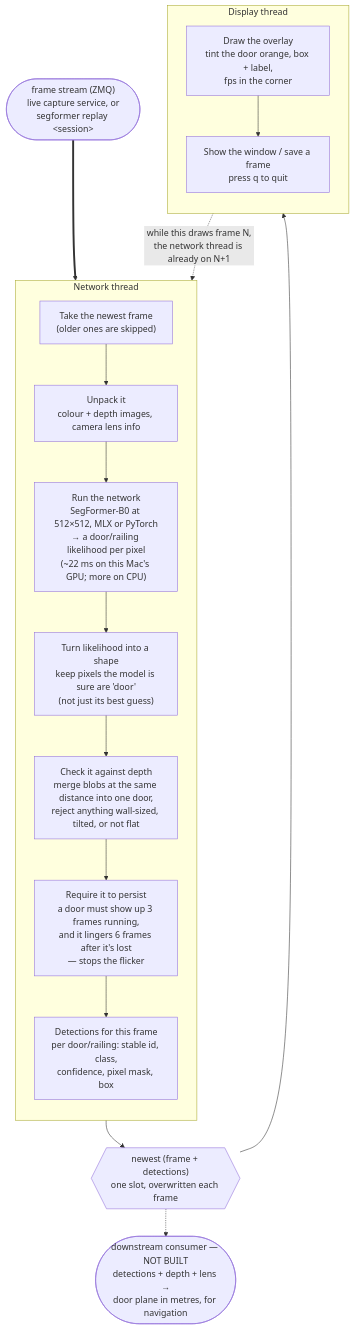
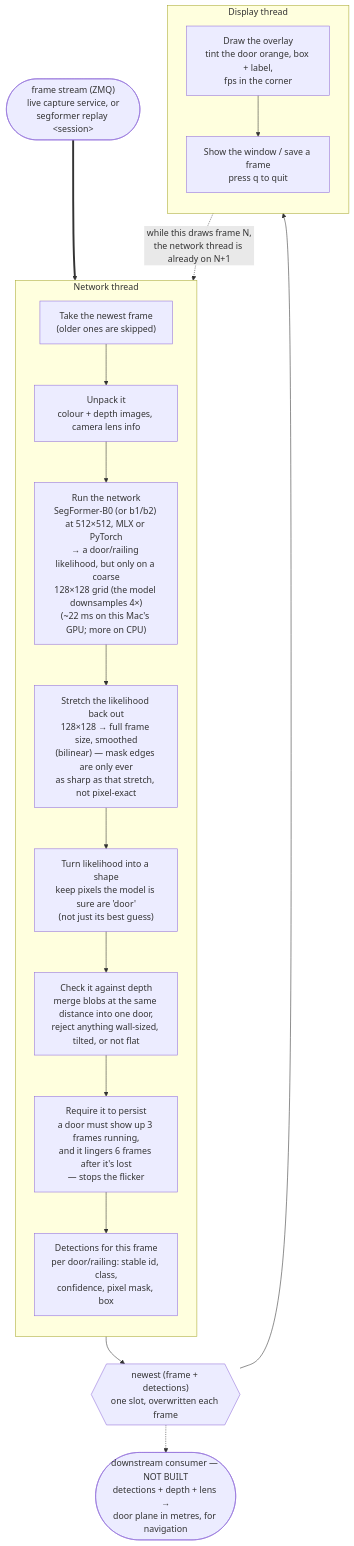
Before and after one commit to attepajula/Segformer-depth-object-detection: the diagram in docs/dataflow.md, drawn with Mermaid. The commit also changed other lines of this file, not shown here.

Commit message:
docs: dataflow diagram was wrong about detection resolution
NET implied per-pixel likelihood straight off the 512x512 input; the
decode head actually outputs on a 128x128 grid (input/4, same for
b0/b1/b2 -- strides=(4,2,2,2)) which then gets bilinearly upsampled to
frame size before thresholding. Split NET into NET + UPSAMPLE and note
the mask-boundary consequence.

Claude-Session: https://claude.ai/code/session_01Fab1SBHCBaDrjmjJZBtX2n

````diff
--- a/docs/dataflow.md
+++ b/docs/dataflow.md
@@ -14,32 +14,33 @@
 ```mermaid
 flowchart TB
     IN(["frame stream (ZMQ)<br/>live capture service, or<br/>segformer replay &lt;session&gt;"])
 
     subgraph WORK["Network thread"]
         direction TB
         RECV["Take the newest frame<br/>(older ones are skipped)"]
         UNPACK["Unpack it<br/>colour + depth images, camera lens info"]
-        NET["Run the network<br/>SegFormer-B0 at 512×512, MLX or PyTorch<br/>→ a door/railing likelihood per pixel<br/>(~22 ms on this Mac's GPU; more on CPU)"]
+        NET["Run the network<br/>SegFormer-B0 (or b1/b2) at 512×512, MLX or PyTorch<br/>→ a door/railing likelihood, but only on a coarse<br/>128×128 grid (the model downsamples 4×)<br/>(~22 ms on this Mac's GPU; more on CPU)"]
+        UPSAMPLE["Stretch the likelihood back out<br/>128×128 → full frame size, smoothed<br/>(bilinear) — mask edges are only ever<br/>as sharp as that stretch, not pixel-exact"]
         MASK["Turn likelihood into a shape<br/>keep pixels the model is sure are 'door'<br/>(not just its best guess)"]
         DEPTH["Check it against depth<br/>merge blobs at the same distance into one door,<br/>reject anything wall-sized, tilted, or not flat"]
         HOLD["Require it to persist<br/>a door must show up 3 frames running,<br/>and it lingers 6 frames after it's lost<br/>— stops the flicker"]
         RESULT["Detections for this frame<br/>per door/railing: stable id, class,<br/>confidence, pixel mask, box"]
-        RECV --> UNPACK --> NET --> MASK --> DEPTH --> HOLD --> RESULT
+        RECV --> UNPACK --> NET --> UPSAMPLE --> MASK --> DEPTH --> HOLD --> RESULT
     end
 
     HANDOFF{{"newest (frame + detections)<br/>one slot, overwritten each frame"}}
 
     subgraph DRAW["Display thread"]
         direction TB
         OVER["Draw the overlay<br/>tint the door orange, box + label,<br/>fps in the corner"]
         SHOW["Show the window / save a frame<br/>press q to quit"]
         OVER --> SHOW
     end
 
     NAV(["downstream consumer — NOT BUILT<br/>detections + depth + lens →<br/>door plane in metres, for navigation"])
 
     IN ==> RECV
     RESULT --> HANDOFF --> OVER
     HANDOFF -.-> NAV
     SHOW -.->|"while this draws frame N,<br/>the network thread is already on N+1"| RECV
 ```
````
